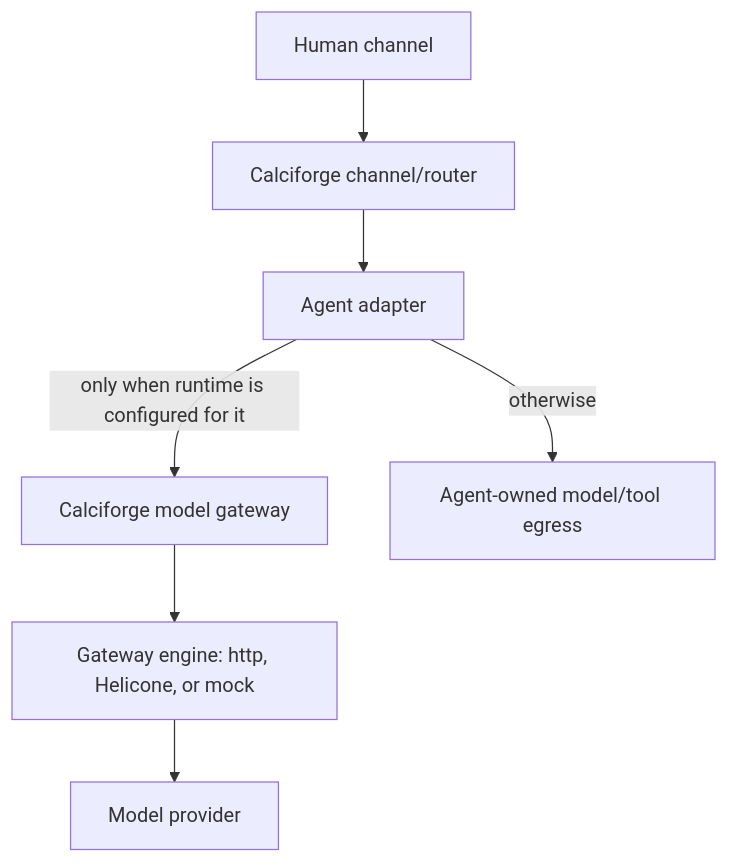
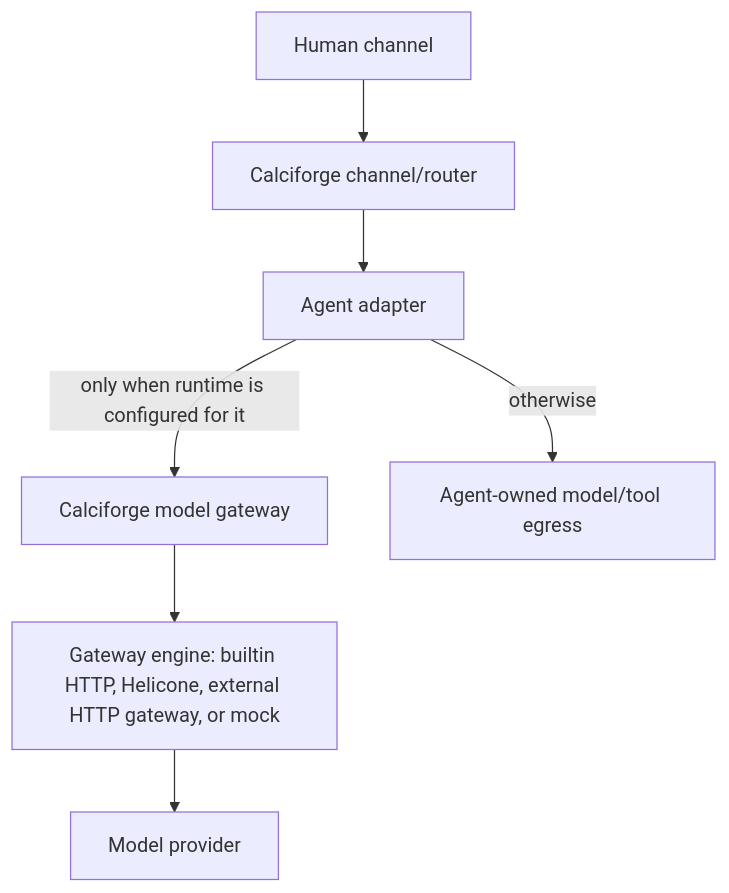
Before and after one commit to bglusman/calciforge: the diagram in docs/adr/0001-model-gateway-and-agent-boundaries.md, drawn with Mermaid. The commit also changed other lines of this file and 13 other files, not shown here.

Commit message:
Clarify builtin HTTP gateway boundary

````diff
--- a/docs/adr/0001-model-gateway-and-agent-boundaries.md
+++ b/docs/adr/0001-model-gateway-and-agent-boundaries.md
@@ -37,10 +37,10 @@
 ```mermaid
 flowchart TD
   User["Human channel"] --> Router["Calciforge channel/router"]
   Router --> Adapter["Agent adapter"]
   Adapter -->|"only when runtime is configured for it"| Gateway["Calciforge model gateway"]
-  Gateway --> Engine["Gateway engine: http, Helicone, or mock"]
+  Gateway --> Engine["Gateway engine: builtin HTTP, Helicone, external HTTP gateway, or mock"]
   Engine --> Provider["Model provider"]
 
   Adapter -->|"otherwise"| AgentEgress["Agent-owned model/tool egress"]
 ```
````
